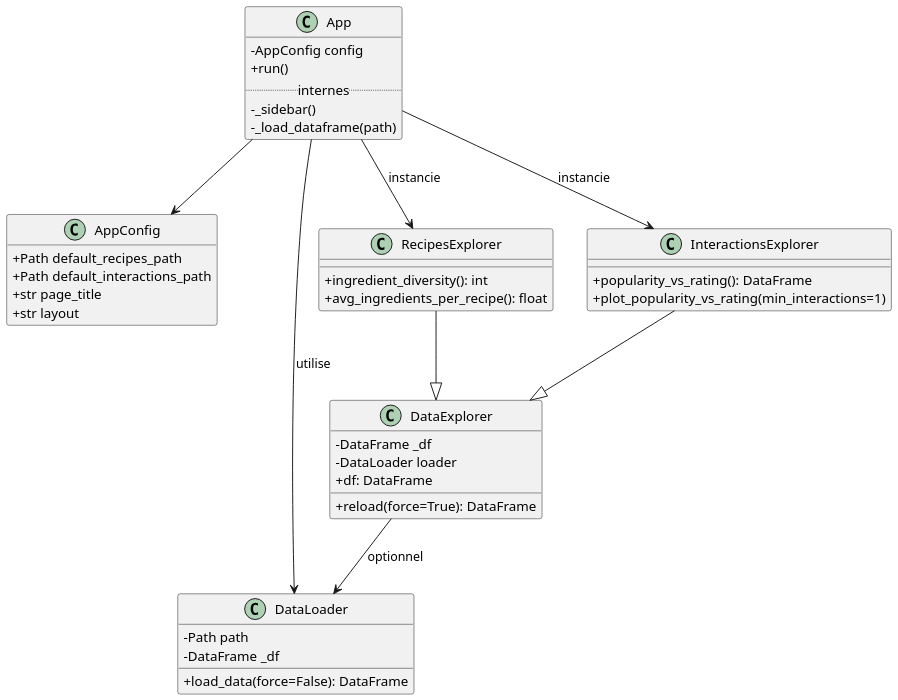
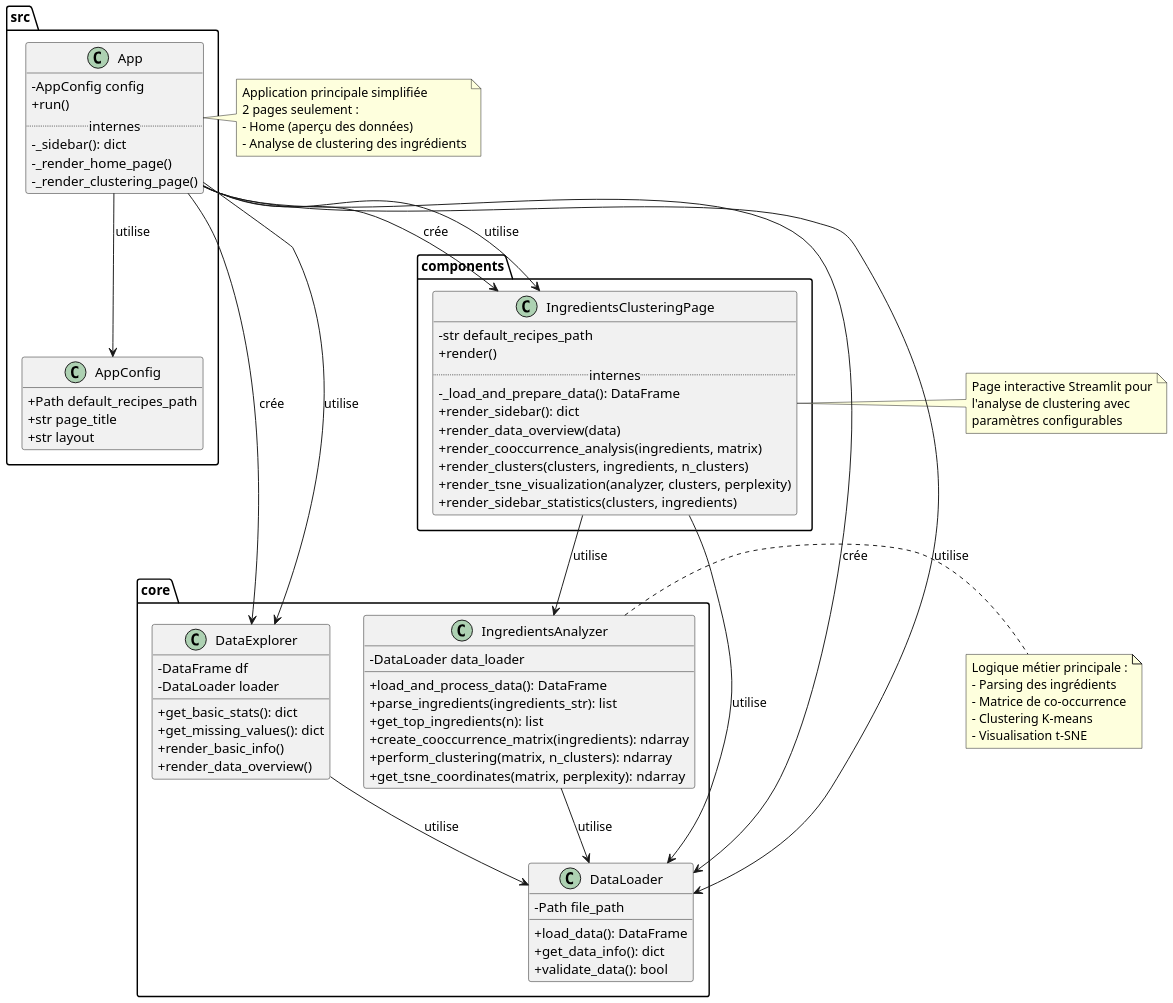
The diagram in docs/class-diagram.puml (saraelmoun/IADATA700_mangetamain_fork), drawn with PlantUML before and after one commit. The commit also changed 16 other files, not shown here.

Commit message:
Add: Refacto + page Cluster ingredients

```diff
--- a/docs/class-diagram.puml
+++ b/docs/class-diagram.puml
@@ -1,58 +1,108 @@
 @startuml class-diagram
 hide empty methods
 skinparam classAttributeIconSize 0
 skinparam shadowing false
 skinparam defaultFontName JetBrains Mono
 skinparam dpi 150
 
-class AppConfig {
-  +Path default_recipes_path
-  +Path default_interactions_path
-  +str page_title
-  +str layout
+package "src" {
+    class App {
+        -AppConfig config
+        +run()
+        ..internes..
+        -_sidebar(): dict
+        -_render_home_page()
+        -_render_clustering_page()
+    }
+
+    class AppConfig {
+        +Path default_recipes_path
+        +str page_title
+        +str layout
+    }
 }
 
-class App {
-  -AppConfig config
-  +run()
-  ..internes..
-  -_sidebar()
-  -_load_dataframe(path)
+package "core" {
+    class DataLoader {
+        -Path file_path
+        +load_data(): DataFrame
+        +get_data_info(): dict
+        +validate_data(): bool
+    }
+
+    class DataExplorer {
+        -DataFrame df
+        -DataLoader loader
+        +get_basic_stats(): dict
+        +get_missing_values(): dict
+        +render_basic_info()
+        +render_data_overview()
+    }
+
+    class IngredientsAnalyzer {
+        -DataLoader data_loader
+        +load_and_process_data(): DataFrame
+        +parse_ingredients(ingredients_str): list
+        +get_top_ingredients(n): list
+        +create_cooccurrence_matrix(ingredients): ndarray
+        +perform_clustering(matrix, n_clusters): ndarray
+        +get_tsne_coordinates(matrix, perplexity): ndarray
+    }
 }
 
-class DataLoader {
-  -Path path
-  -DataFrame _df
-  +load_data(force=False): DataFrame
+package "components" {
+    class IngredientsClusteringPage {
+        -str default_recipes_path
+        +render()
+        ..internes..
+        -_load_and_prepare_data(): DataFrame
+        +render_sidebar(): dict
+        +render_data_overview(data)
+        +render_cooccurrence_analysis(ingredients, matrix)
+        +render_clusters(clusters, ingredients, n_clusters)
+        +render_tsne_visualization(analyzer, clusters, perplexity)
+        +render_sidebar_statistics(clusters, ingredients)
+    }
 }
 
-class DataExplorer {
-  -DataFrame _df
-  -DataLoader loader
-  +df: DataFrame
-  +reload(force=True): DataFrame
-}
+' Relations principales
+App --> AppConfig : utilise
+App --> DataLoader : crée
+App --> DataExplorer : crée
+App --> IngredientsClusteringPage : crée
 
-class RecipesExplorer {
-  +ingredient_diversity(): int
-  +avg_ingredients_per_recipe(): float
-}
+' Relations dans core
+DataExplorer --> DataLoader : utilise
+IngredientsAnalyzer --> DataLoader : utilise
 
-class InteractionsExplorer {
-  +popularity_vs_rating(): DataFrame
-  +plot_popularity_vs_rating(min_interactions=1)
-}
+' Relations principales
+App --> DataLoader : utilise
+App --> DataExplorer : utilise
+App --> IngredientsClusteringPage : utilise
 
-App --> AppConfig
-App --> DataLoader : utilise
-DataExplorer --> DataLoader : optionnel
-RecipesExplorer --|> DataExplorer
-InteractionsExplorer --|> DataExplorer
-App --> RecipesExplorer : instancie
-App --> InteractionsExplorer : instancie
-'
-' NOTE: Si vous voyez une erreur liée à "dot" (Graphviz), installez graphviz ou utilisez docker:
-'   sudo apt-get install graphviz
-'   docker run --rm -v "$PWD":/workspace plantuml/plantuml -tpng docs/class-diagram.puml
-' Le nom du diagramme (class-diagram) permet de générer class-diagram.png automatiquement.
+' Relations avec components
+IngredientsClusteringPage --> DataLoader : utilise
+IngredientsClusteringPage --> IngredientsAnalyzer : utilise
+
+note right of App
+  Application principale simplifiée
+  2 pages seulement :
+  - Home (aperçu des données)
+  - Analyse de clustering des ingrédients
+end note
+
+note right of IngredientsAnalyzer
+  Logique métier principale :
+  - Parsing des ingrédients
+  - Matrice de co-occurrence
+  - Clustering K-means
+  - Visualisation t-SNE
+end note
+
+note right of IngredientsClusteringPage
+  Page interactive Streamlit pour
+  l'analyse de clustering avec
+  paramètres configurables
+end note
+
 @enduml
```
